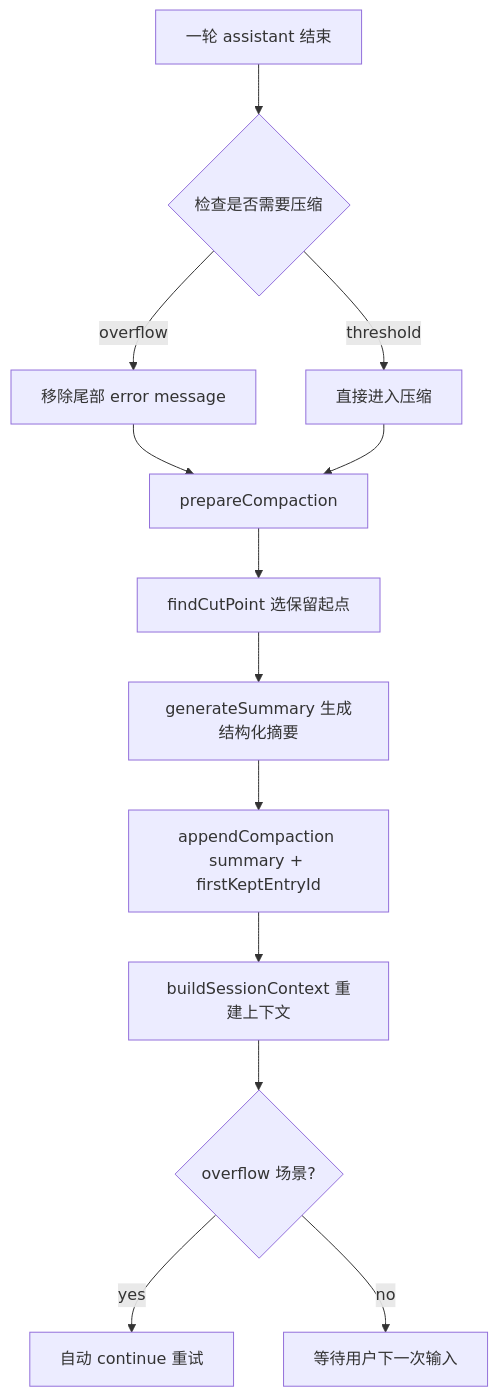
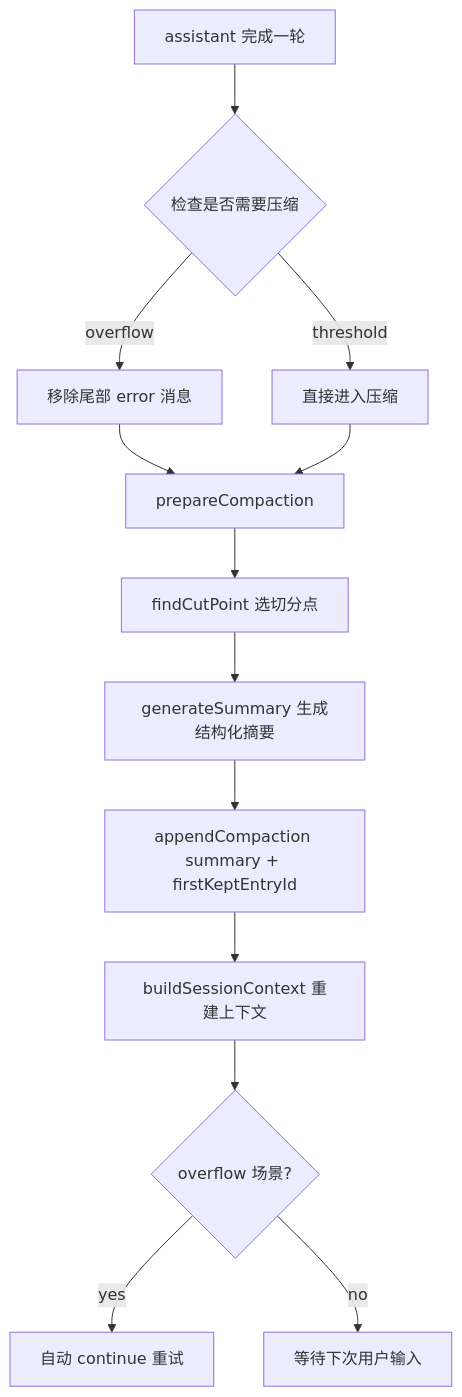
Before and after one commit to parkgogogo/blogs-md: the diagram in docs/clawbot/pi-mono 上下文压缩源码级拆解.md, drawn with Mermaid. The commit also changed other lines of this file, not shown here.

````diff
--- a/docs/clawbot/pi-mono 上下文压缩源码级拆解.md
+++ b/docs/clawbot/pi-mono 上下文压缩源码级拆解.md
@@ -27,15 +35,15 @@
 ```mermaid
 flowchart TD
-  A[一轮 assistant 结束] --> B{检查是否需要压缩}
-  B -->|overflow| C[移除尾部 error message]
+  A[assistant 完成一轮] --> B{检查是否需要压缩}
+  B -->|overflow| C[移除尾部 error 消息]
   B -->|threshold| D[直接进入压缩]
   C --> E[prepareCompaction]
   D --> E
-  E --> F[findCutPoint 选保留起点]
+  E --> F[findCutPoint 选切分点]
   F --> G[generateSummary 生成结构化摘要]
   G --> H[appendCompaction summary + firstKeptEntryId]
   H --> I[buildSessionContext 重建上下文]
   I --> J{overflow 场景?}
   J -->|yes| K[自动 continue 重试]
-  J -->|no| L[等待用户下一次输入]
+  J -->|no| L[等待下次用户输入]
 ```
````
